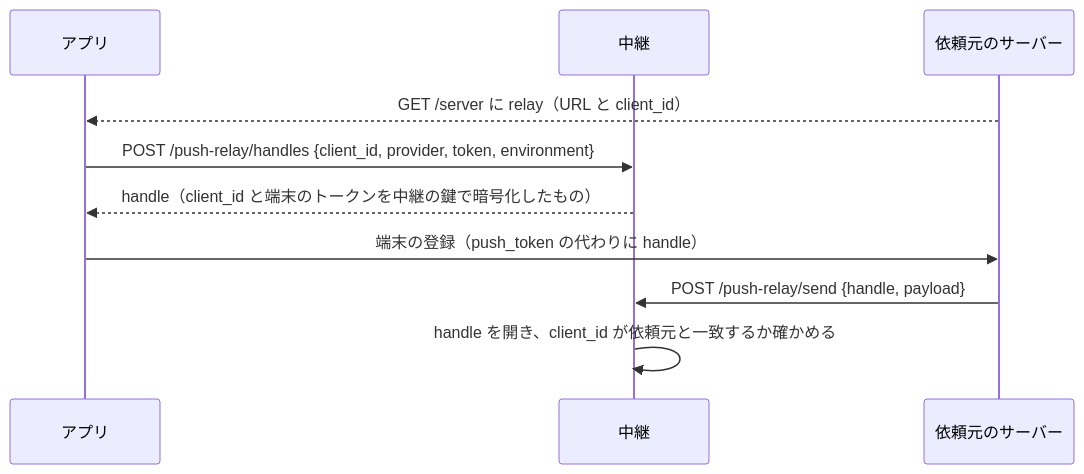
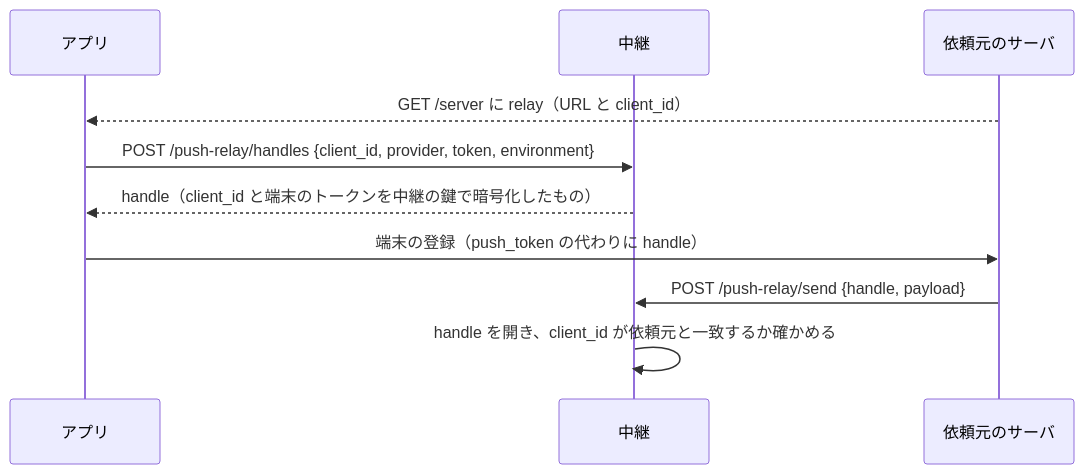
The diagram in docs/PUSH_RELAY.md (kanotown/taylis), drawn with Mermaid before and after one commit. The commit also changed other lines of this file and 79 other files, not shown here.

````diff
--- a/docs/PUSH_RELAY.md
+++ b/docs/PUSH_RELAY.md
@@ -58,12 +58,12 @@
 ```mermaid
 sequenceDiagram
   participant App as アプリ
   participant Relay as 中継
-  participant Srv as 依頼元のサーバー
+  participant Srv as 依頼元のサーバ
   Srv-->>App: GET /server に relay（URL と client_id）
   App->>Relay: POST /push-relay/handles {client_id, provider, token, environment}
   Relay-->>App: handle（client_id と端末のトークンを中継の鍵で暗号化したもの）
   App->>Srv: 端末の登録（push_token の代わりに handle）
   Srv->>Relay: POST /push-relay/send {handle, payload}
   Relay->>Relay: handle を開き、client_id が依頼元と一致するか確かめる
 ```
````
